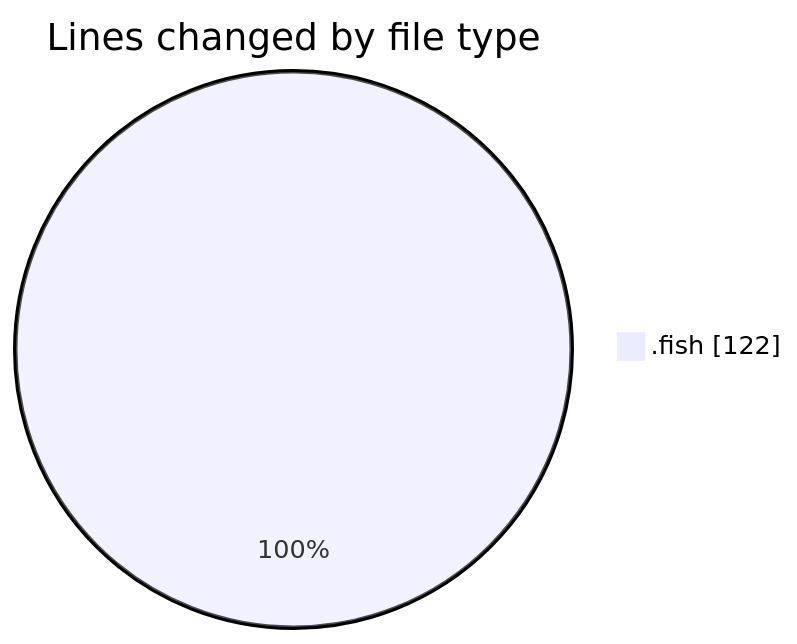
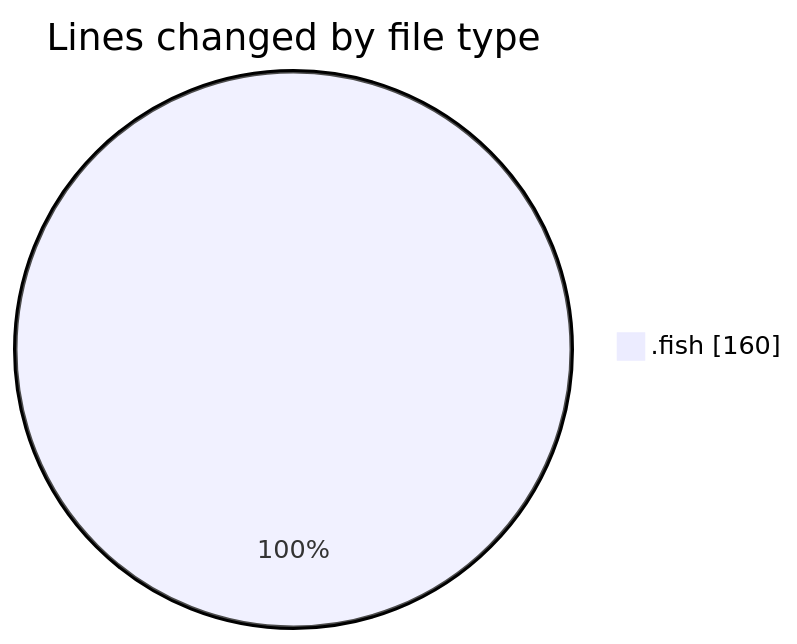
One commit to EIIisD/code-tracking changed the first of 2 diagrams in 2025-07-10/_config/README.md. Above: the diagram before and after it, drawn with Mermaid. The commit also changed other lines of this file and 1 other file, not shown here.

````diff
--- a/2025-07-10/_config/README.md
+++ b/2025-07-10/_config/README.md
@@ -20,5 +20,5 @@
 ```mermaid
 pie showData
 title Lines changed by file type
-".fish" : 122
+".fish" : 160
 ```
````
